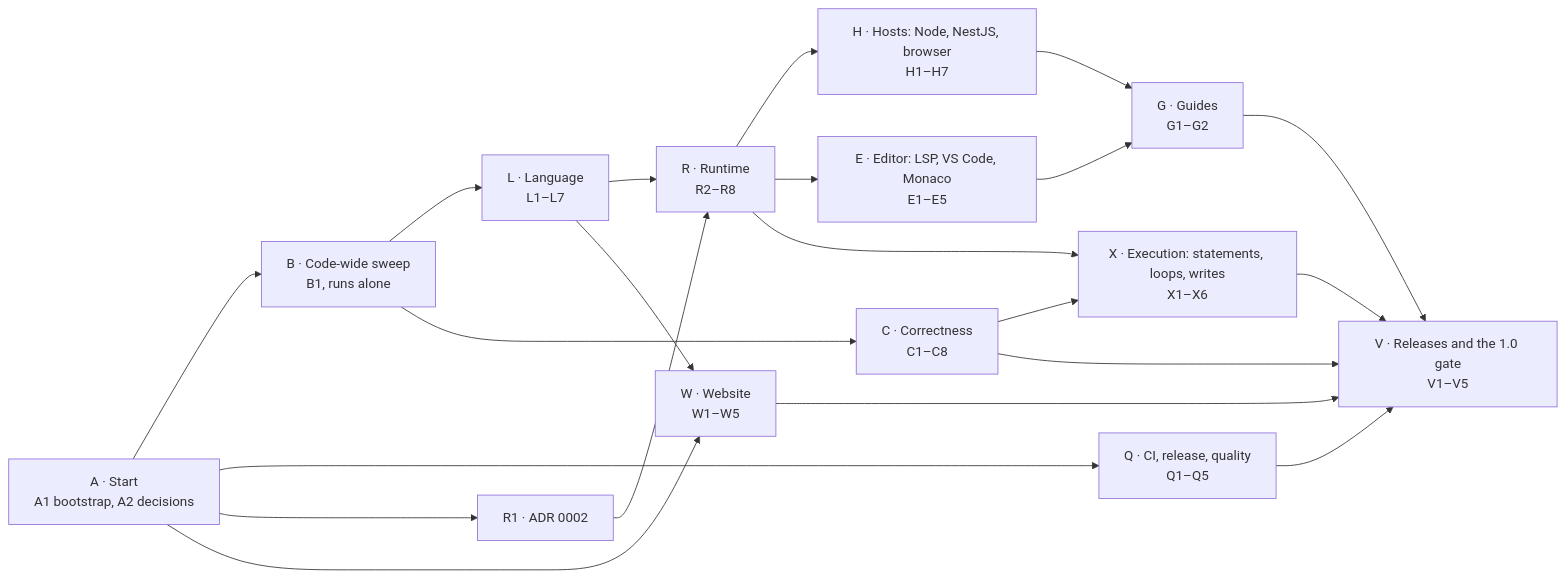
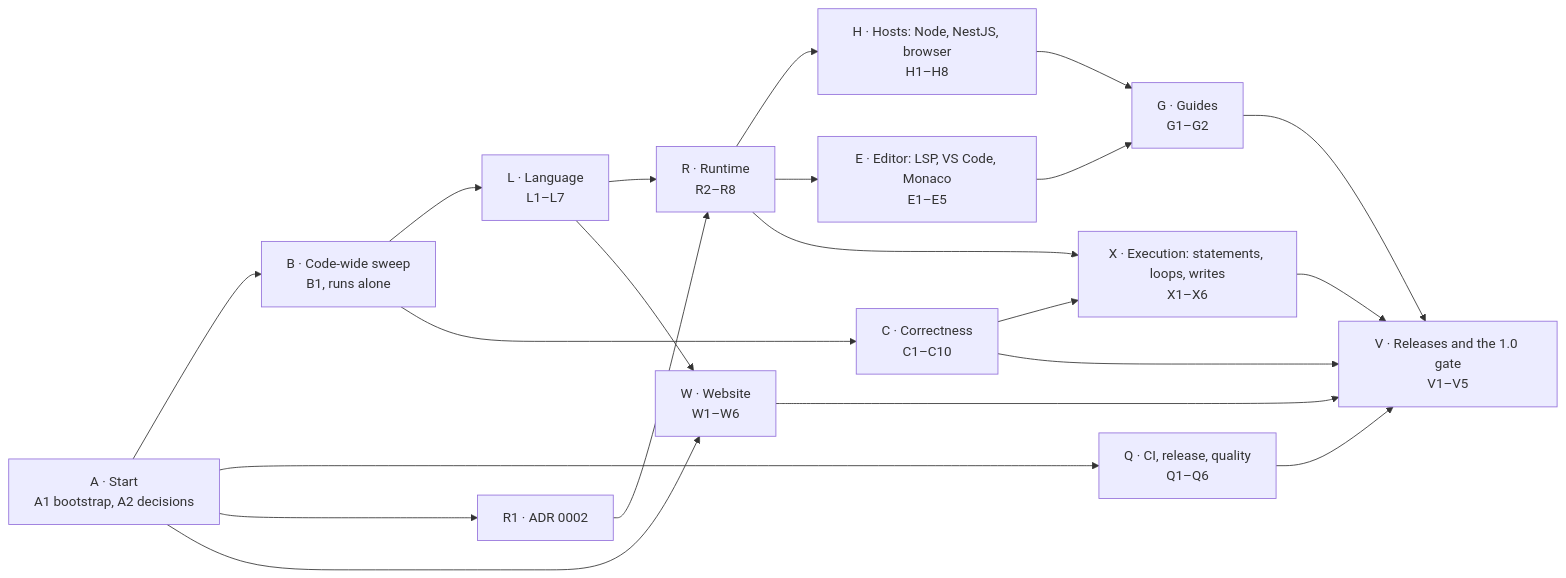
Before and after one commit to shams-app/minab: the diagram in docs/production/phases/README.md, drawn with Mermaid. The commit also changed other lines of this file and 10 other files, not shown here.

````diff
--- a/docs/production/phases/README.md
+++ b/docs/production/phases/README.md
@@ -11,23 +11,23 @@
 ```mermaid
 flowchart LR
    A[A · Start<br/>A1 bootstrap, A2 decisions] --> B[B · Code-wide sweep<br/>B1, runs alone]
-   A --> Q[Q · CI, release, quality<br/>Q1–Q5]
+   A --> Q[Q · CI, release, quality<br/>Q1–Q6]
    A --> R1[R1 · ADR 0002]
-   A --> W[W · Website<br/>W1–W5]
+   A --> W[W · Website<br/>W1–W6]
    B --> L[L · Language<br/>L1–L7]
-   B --> C[C · Correctness<br/>C1–C8]
+   B --> C[C · Correctness<br/>C1–C10]
    L --> R[R · Runtime<br/>R2–R8]
    R1 --> R
-   R --> H[H · Hosts: Node, NestJS, browser<br/>H1–H7]
+   R --> H[H · Hosts: Node, NestJS, browser<br/>H1–H8]
    R --> E[E · Editor: LSP, VS Code, Monaco<br/>E1–E5]
    R --> X[X · Execution: statements, loops, writes<br/>X1–X6]
    C --> X
    H --> G[G · Guides<br/>G1–G2]
    E --> G
    L --> W
    C --> V[V · Releases and the 1.0 gate<br/>V1–V5]
    G --> V
    X --> V
    Q --> V
    W --> V
 ```
````
